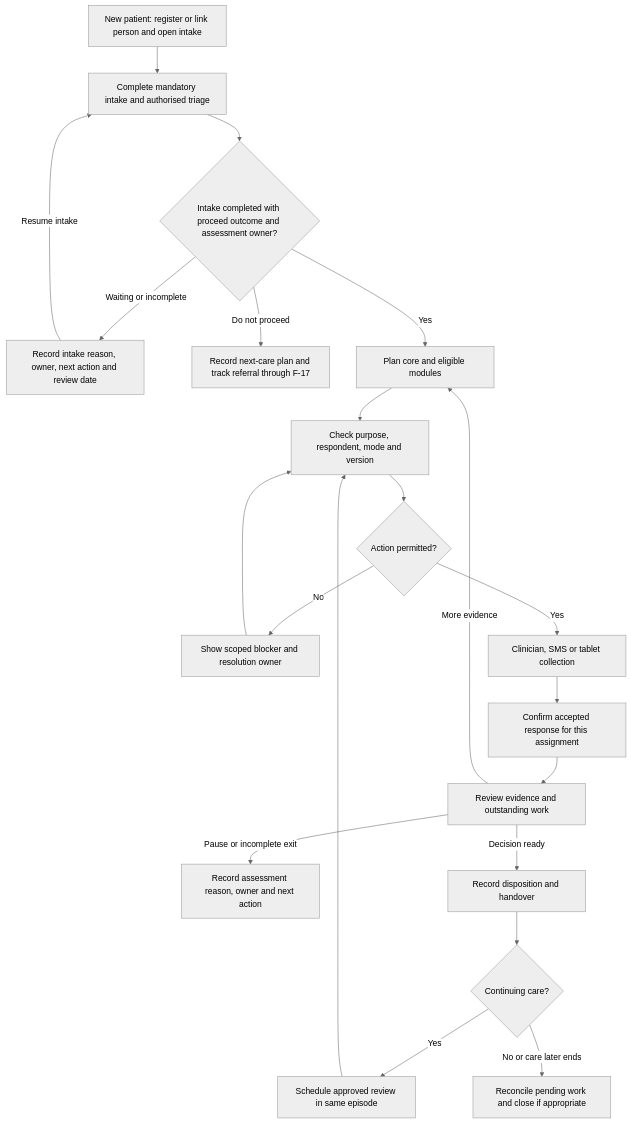
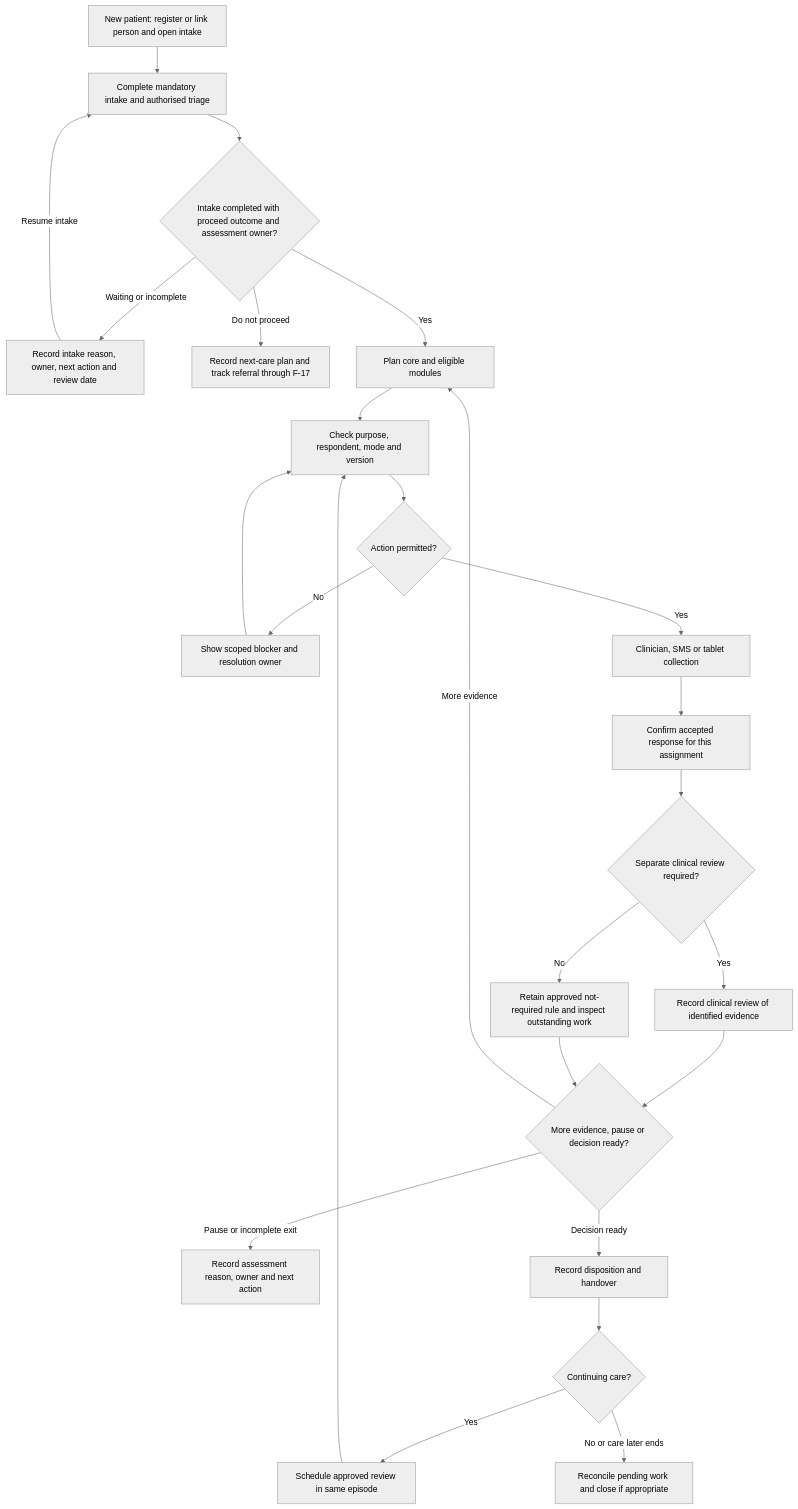
The first of 2 diagrams in docs/07-user-flows.md (T-dotnet/yscc-platform), drawn with Mermaid (neutral theme) before and after one commit. The commit also changed other lines of this file and 70 other files, not shown here.

````diff
--- a/docs/07-user-flows.md
+++ b/docs/07-user-flows.md
@@ -18,23 +19,27 @@
 ```mermaid
 flowchart TD
     A[New patient: register or link person and open intake] --> A1[Complete mandatory intake and authorised triage]
     A1 --> B{Intake completed with proceed outcome and assessment owner?}
     B -->|Waiting or incomplete| W[Record intake reason, owner, next action and review date]
     W -->|Resume intake| A1
     B -->|Do not proceed| R[Record next-care plan and track referral through F-17]
     B -->|Yes| D[Plan core and eligible modules]
     D --> E[Check purpose, respondent, mode and version]
     E --> F{Action permitted?}
     F -->|No| G[Show scoped blocker and resolution owner]
     G --> E
     F -->|Yes| H[Clinician, SMS or tablet collection]
     H --> I[Confirm accepted response for this assignment]
-    I --> J[Review evidence and outstanding work]
-    J -->|More evidence| D
-    J -->|Pause or incomplete exit| C[Record assessment reason, owner and next action]
-    J -->|Decision ready| K[Record disposition and handover]
-    K --> L{Continuing care?}
-    L -->|Yes| M[Schedule approved review in same episode]
-    M --> E
-    L -->|No or care later ends| N[Reconcile pending work and close if appropriate]
+    I --> J{Separate clinical review required?}
+    J -->|Yes| J1[Record clinical review of identified evidence]
+    J -->|No| J2[Retain approved not-required rule and inspect outstanding work]
+    J1 --> K{More evidence, pause or decision ready?}
+    J2 --> K
+    K -->|More evidence| D
+    K -->|Pause or incomplete exit| C[Record assessment reason, owner and next action]
+    K -->|Decision ready| L[Record disposition and handover]
+    L --> M{Continuing care?}
+    M -->|Yes| N[Schedule approved review in same episode]
+    N --> E
+    M -->|No or care later ends| O[Reconcile pending work and close if appropriate]
 ```
````
